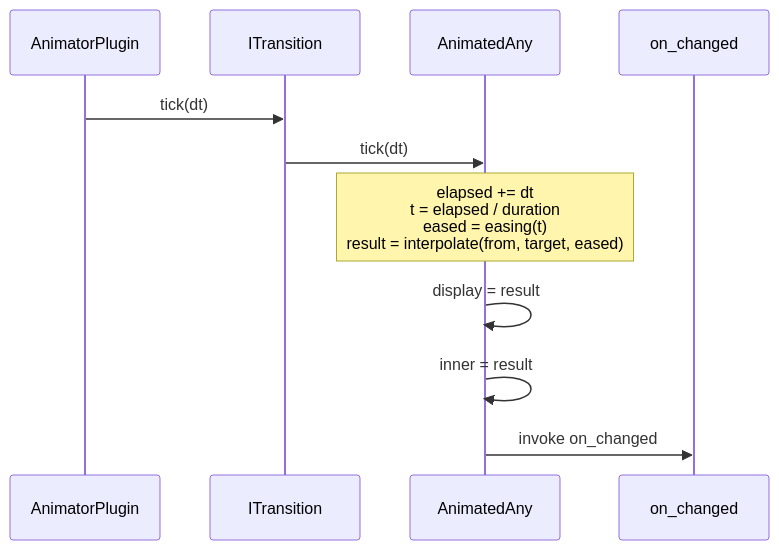
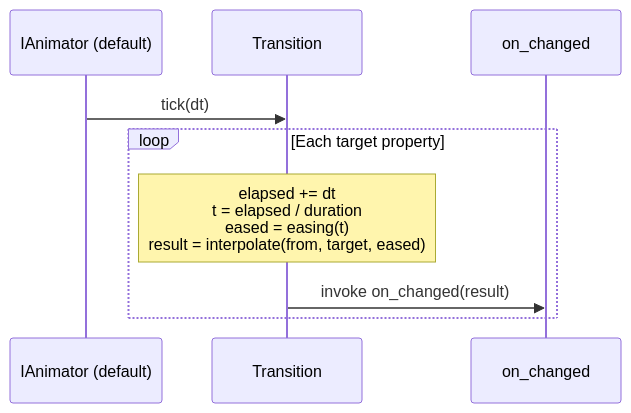
The fourth of 4 diagrams in docs/plugins/animator.md (ljaaskela/strata), drawn with Mermaid before and after one commit. The commit also changed other lines of this file and 31 other files, not shown here.

````diff
--- a/docs/plugins/animator.md
+++ b/docs/plugins/animator.md
@@ -373,14 +413,12 @@
 ```mermaid
 sequenceDiagram
-    participant Plugin as AnimatorPlugin
-    participant Transition as ITransition
-    participant AnimatedAny
+    participant Animator as IAnimator (default)
+    participant Transition
     participant Listeners as on_changed
 
-    Plugin->>Transition: tick(dt)
-    Transition->>AnimatedAny: tick(dt)
-    Note over AnimatedAny: elapsed += dt<br/>t = elapsed / duration<br/>eased = easing(t)<br/>result = interpolate(from, target, eased)
-    AnimatedAny->>AnimatedAny: display = result
-    AnimatedAny->>AnimatedAny: inner = result
-    AnimatedAny->>Listeners: invoke on_changed
+    Animator->>Transition: tick(dt)
+    loop Each target property
+        Note over Transition: elapsed += dt<br/>t = elapsed / duration<br/>eased = easing(t)<br/>result = interpolate(from, target, eased)
+        Transition->>Listeners: invoke on_changed(result)
+    end
 ```
````
